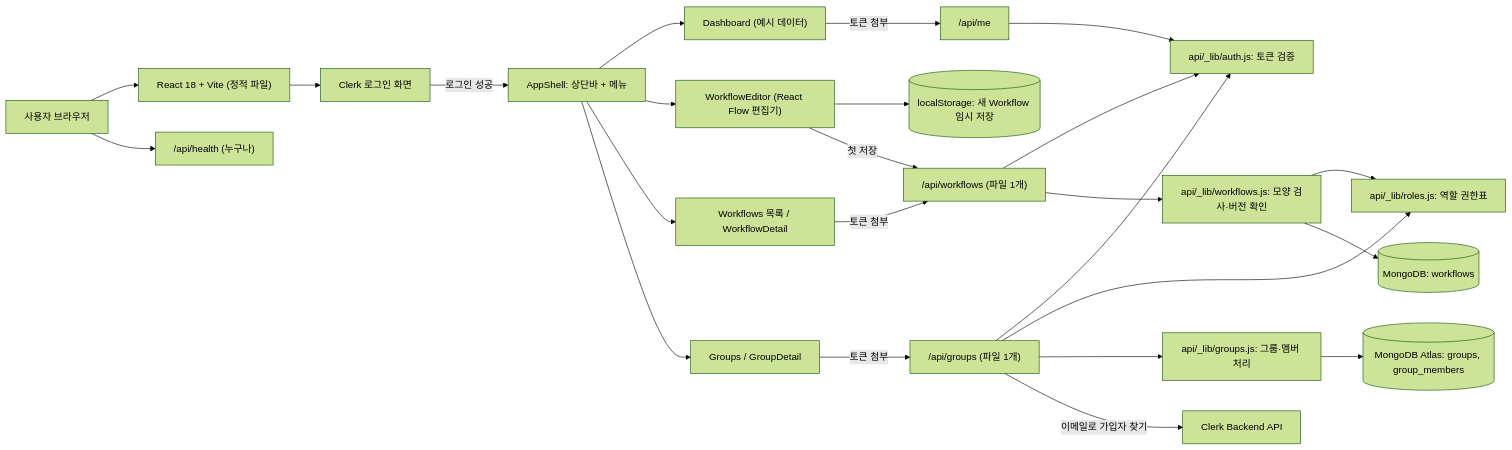
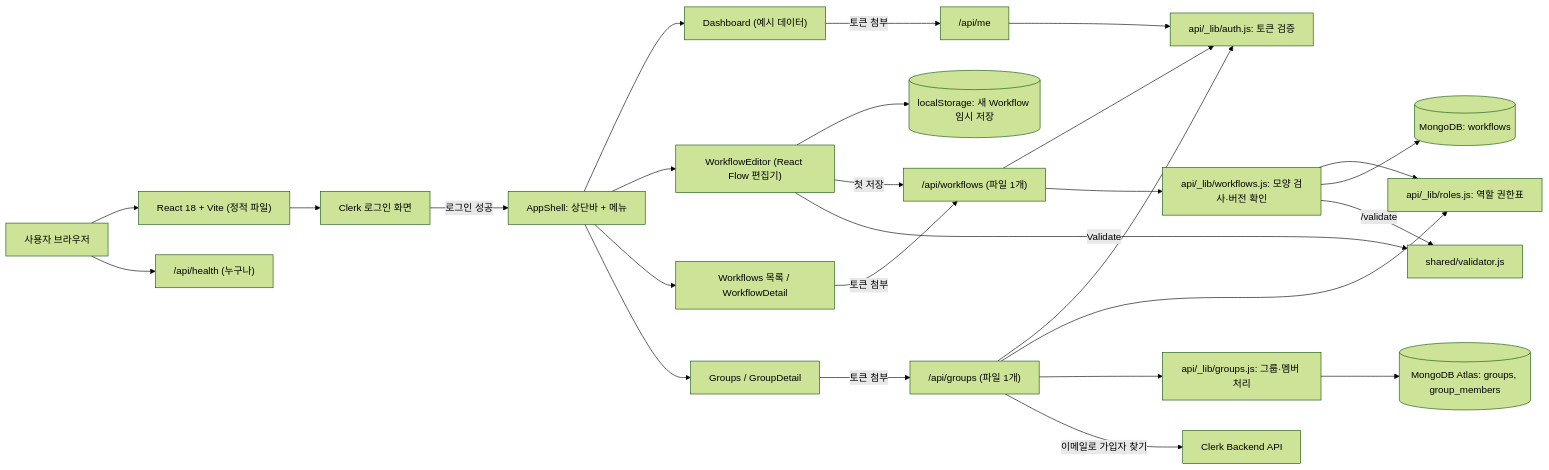
The diagram in docs/ARCHITECTURE.md (jeong-jihyun/flowbuilder), drawn with Mermaid (forest theme) before and after one commit. The commit also changed other lines of this file and 19 other files, not shown here.

````diff
--- a/docs/ARCHITECTURE.md
+++ b/docs/ARCHITECTURE.md
@@ -8,26 +8,28 @@
 ```mermaid
 flowchart LR
     USER["사용자 브라우저"] --> FRONT["React 18 + Vite (정적 파일)"]
     FRONT --> CLERK["Clerk 로그인 화면"]
     CLERK -->|로그인 성공| SHELL["AppShell: 상단바 + 메뉴"]
     SHELL --> DASH["Dashboard (예시 데이터)"]
     SHELL --> EDITOR["WorkflowEditor (React Flow 편집기)"]
     EDITOR --> DRAFT[("localStorage: 새 Workflow 임시 저장")]
     SHELL --> WFLIST["Workflows 목록 / WorkflowDetail"]
     WFLIST -->|토큰 첨부| WAPI["/api/workflows (파일 1개)"]
     EDITOR -->|첫 저장| WAPI
     WAPI --> AUTH
     WAPI --> WSVC["api/_lib/workflows.js: 모양 검사·버전 확인"]
     WSVC --> RBAC
     WSVC --> DB2[("MongoDB: workflows")]
+    EDITOR -->|Validate| VAL["shared/validator.js"]
+    WSVC -->|/validate| VAL
     USER --> API["/api/health (누구나)"]
     DASH -->|토큰 첨부| ME["/api/me"]
     ME --> AUTH["api/_lib/auth.js: 토큰 검증"]
     SHELL --> GROUPS["Groups / GroupDetail"]
     GROUPS -->|토큰 첨부| GAPI["/api/groups (파일 1개)"]
     GAPI --> AUTH
     GAPI --> RBAC["api/_lib/roles.js: 역할 권한표"]
     GAPI --> SVC["api/_lib/groups.js: 그룹·멤버 처리"]
     SVC --> DB[("MongoDB Atlas: groups, group_members")]
     GAPI -->|이메일로 가입자 찾기| CLERKAPI["Clerk Backend API"]
 ```
````
